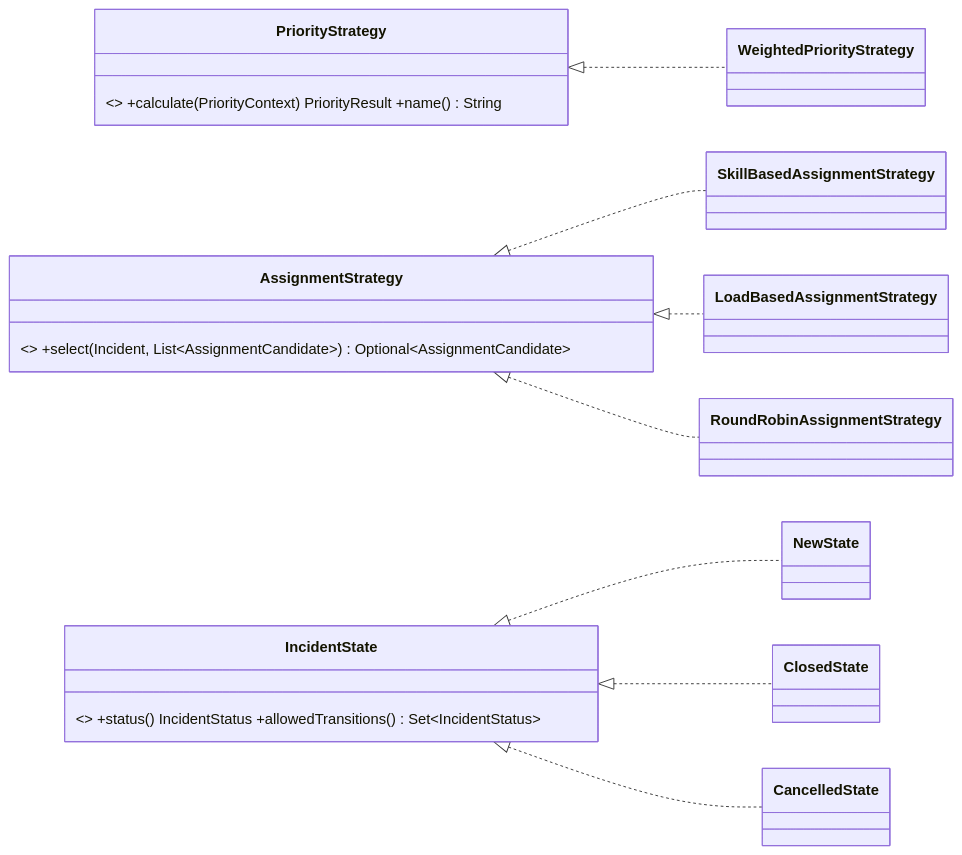
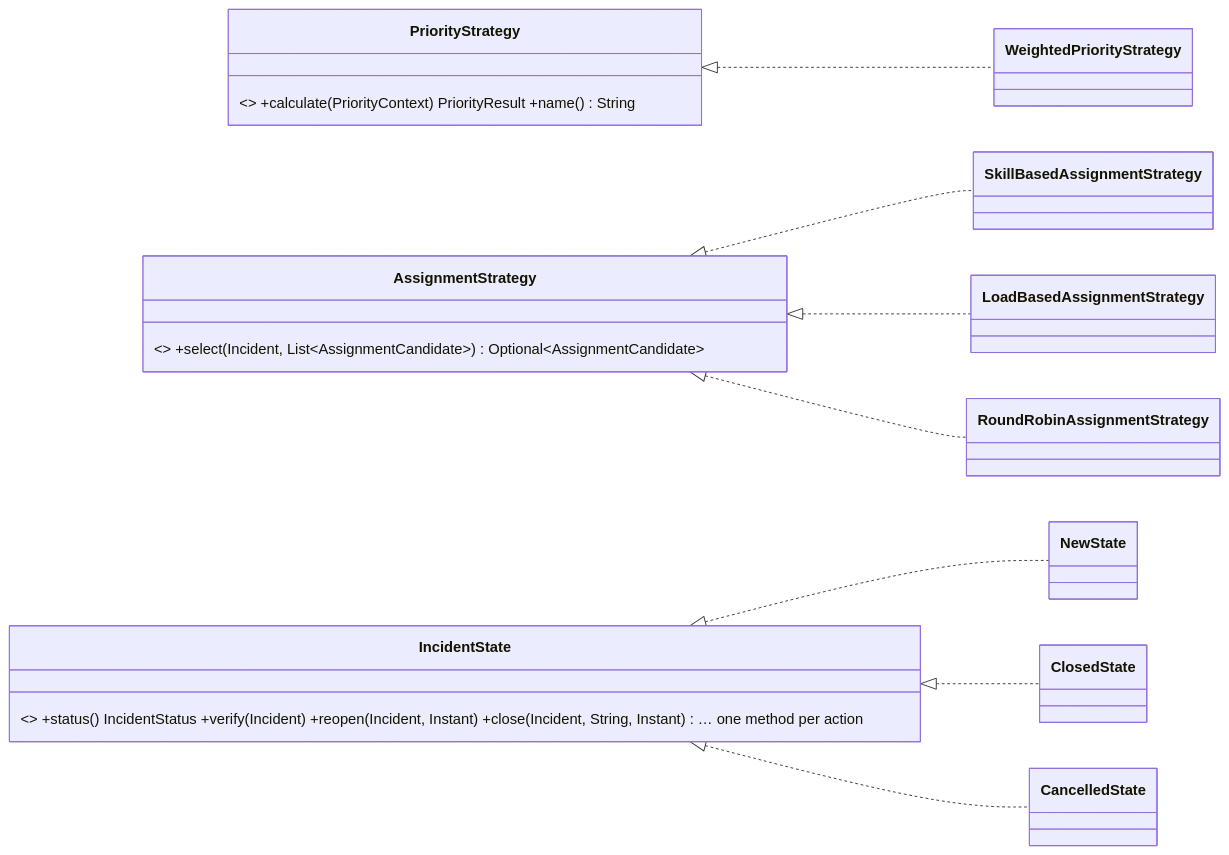
The third of 6 diagrams in docs/PROJECT_REPORT.md (AtharvSuryawanshi-arch/DSH-OOPs-Project), drawn with Mermaid before and after one commit. The commit also changed other lines of this file and 68 other files, not shown here.

````diff
--- a/docs/PROJECT_REPORT.md
+++ b/docs/PROJECT_REPORT.md
@@ -353,23 +359,23 @@
 ```mermaid
 classDiagram
     direction LR
     class PriorityStrategy { <<interface>> +calculate(PriorityContext) PriorityResult +name() String }
     class WeightedPriorityStrategy
     PriorityStrategy <|.. WeightedPriorityStrategy
 
     class AssignmentStrategy { <<interface>> +select(Incident, List~AssignmentCandidate~) Optional~AssignmentCandidate~ }
     class SkillBasedAssignmentStrategy
     class LoadBasedAssignmentStrategy
     class RoundRobinAssignmentStrategy
     AssignmentStrategy <|.. SkillBasedAssignmentStrategy
     AssignmentStrategy <|.. LoadBasedAssignmentStrategy
     AssignmentStrategy <|.. RoundRobinAssignmentStrategy
 
-    class IncidentState { <<interface>> +status() IncidentStatus +allowedTransitions() Set~IncidentStatus~ }
+    class IncidentState { <<interface>> +status() IncidentStatus +verify(Incident) +reopen(Incident, Instant) +close(Incident, String, Instant) … one method per action }
     class NewState
     class ClosedState
     class CancelledState
     IncidentState <|.. NewState
     IncidentState <|.. ClosedState
     IncidentState <|.. CancelledState
 ```
````
